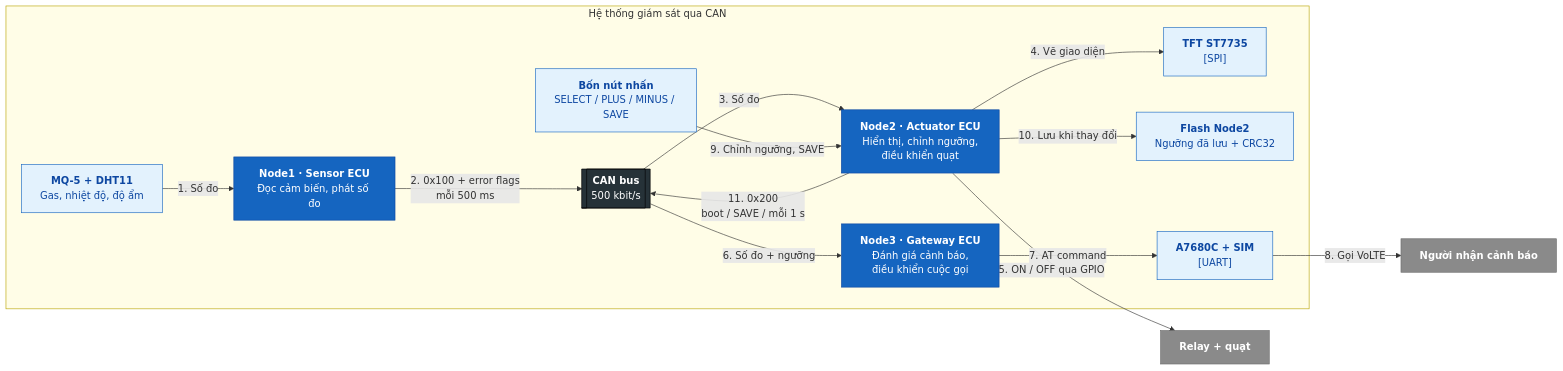
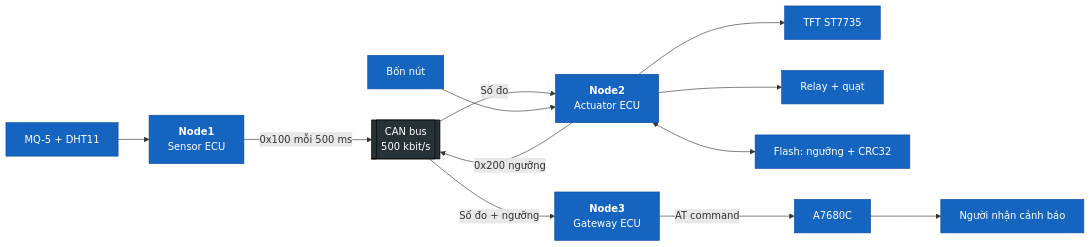
One commit to TranVanVinh74/CAN_RTOS changed the diagram in README.md. Above: the diagram before and after it, drawn with Mermaid. The commit also changed other lines of this file and 1 other file, not shown here.

````diff
--- a/README.md
+++ b/README.md
@@ -76,38 +27,18 @@
 ```mermaid
 flowchart LR
-    subgraph SYS["Hệ thống giám sát qua CAN"]
-        SENS["<b>MQ-5 + DHT11</b><br/>Gas, nhiệt độ, độ ẩm"]
-        N1["<b>Node1 · Sensor ECU</b><br/>Đọc cảm biến, phát số đo"]
-        BUS[["<b>CAN bus</b><br/>500 kbit/s"]]
-        N2["<b>Node2 · Actuator ECU</b><br/>Hiển thị, chỉnh ngưỡng,<br/>điều khiển quạt"]
-        N3["<b>Node3 · Gateway ECU</b><br/>Đánh giá cảnh báo,<br/>điều khiển cuộc gọi"]
-        TFT["<b>TFT ST7735</b><br/>[SPI]"]
-        BTN["<b>Bốn nút nhấn</b><br/>SELECT / PLUS / MINUS / SAVE"]
-        FLASH["<b>Flash Node2</b><br/>Ngưỡng đã lưu + CRC32"]
-        MDM["<b>A7680C + SIM</b><br/>[UART]"]
-    end
-    FAN["<b>Relay + quạt</b>"]
-    PHONE["<b>Người nhận cảnh báo</b>"]
-
-    SENS -- "1. Số đo" --> N1
-    N1 -- "2. 0x100 + error flags<br/>mỗi 500 ms" --> BUS
-    BUS -- "3. Số đo" --> N2
-    N2 -- "4. Vẽ giao diện" --> TFT
-    N2 -- "5. ON / OFF qua GPIO" --> FAN
-    BUS -- "6. Số đo + ngưỡng" --> N3
-    N3 -- "7. AT command" --> MDM
-    MDM -- "8. Gọi VoLTE" --> PHONE
-    BTN -- "9. Chỉnh ngưỡng, SAVE" --> N2
-    N2 -- "10. Lưu khi thay đổi" --> FLASH
-    N2 -- "11. 0x200<br/>boot / SAVE / mỗi 1 s" --> BUS
+    SENS["MQ-5 + DHT11"] --> N1["<b>Node1</b><br/>Sensor ECU"]
+    N1 -- "0x100 mỗi 500 ms" --> BUS[["CAN bus<br/>500 kbit/s"]]
+    BUS -- "Số đo" --> N2["<b>Node2</b><br/>Actuator ECU"]
+    BUS -- "Số đo + ngưỡng" --> N3["<b>Node3</b><br/>Gateway ECU"]
+    N2 -- "0x200 ngưỡng" --> BUS
+    BTN["Bốn nút"] --> N2
+    N2 --> TFT["TFT ST7735"]
+    N2 --> FAN["Relay + quạt"]
+    N2 <--> FLASH["Flash: ngưỡng + CRC32"]
+    N3 -- "AT command" --> MDM["A7680C"] --> PHONE["Người nhận cảnh báo"]
 
     classDef node fill:#1565c0,color:#fff,stroke:#0d47a1
-    classDef dev fill:#e3f2fd,color:#0d47a1,stroke:#1565c0
     classDef bus fill:#263238,color:#fff,stroke:#000
-    classDef ext fill:#8a8a8a,color:#fff,stroke:#6d6d6d
     class N1,N2,N3 node
-    class SENS,TFT,BTN,FLASH,MDM dev
     class BUS bus
-    class FAN,PHONE ext
-    style SYS fill:#fffde7,stroke:#b8a400
 ```
````
